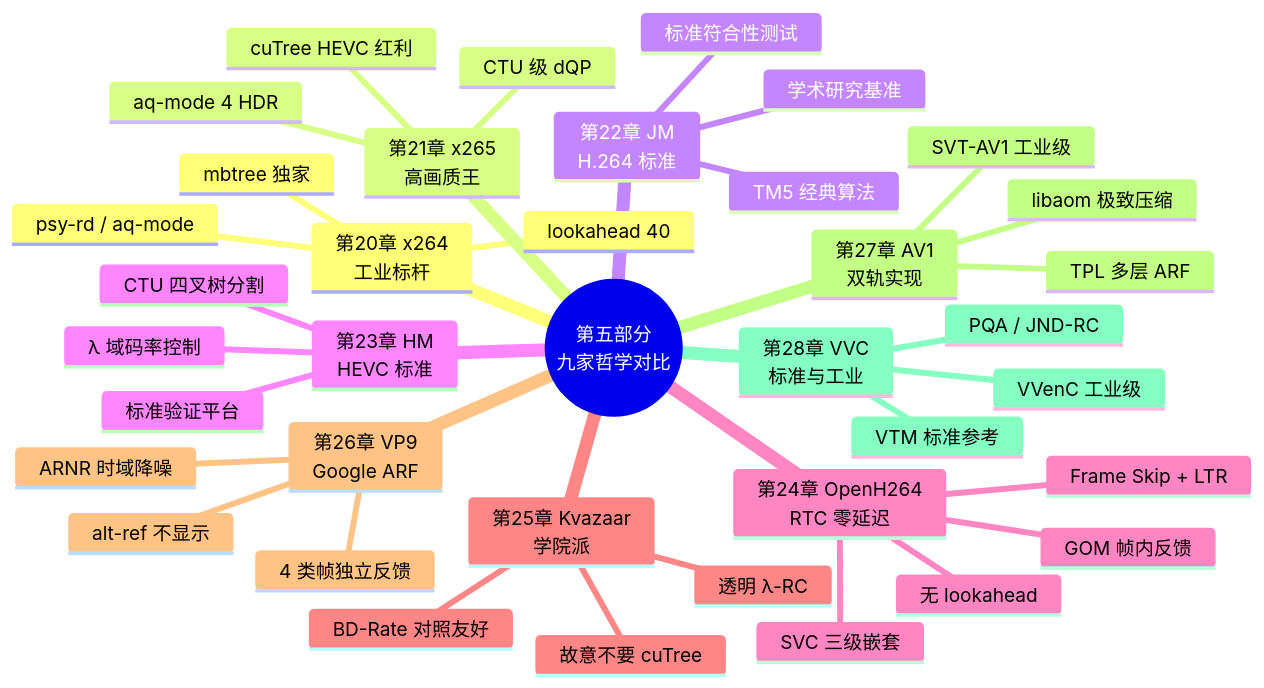
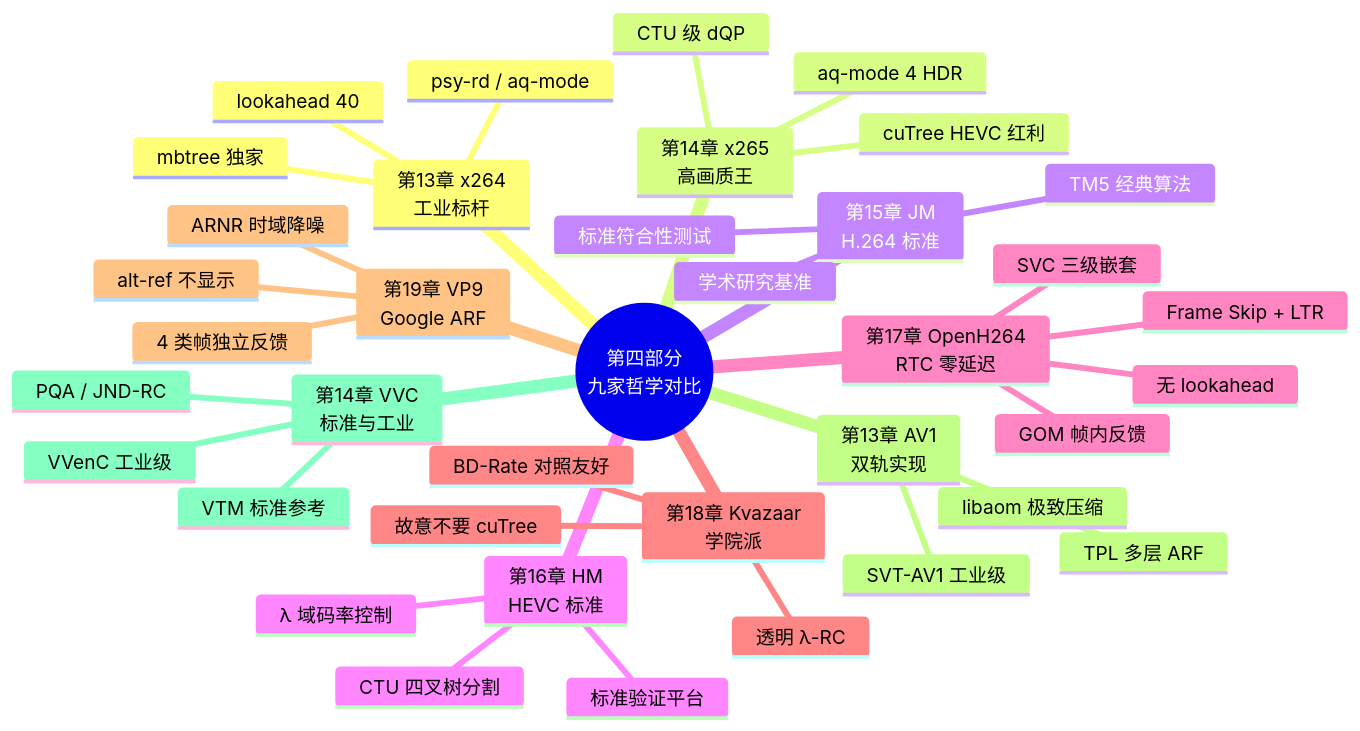
Before and after one commit to bertowang/StudyNotes: diagram 17 of 25 in 视频编码码控深入浅出-九大开源编码器对比与统一模型.md, drawn with Mermaid. The commit also changed other lines of this file, not shown here.

````diff
--- a/视频编码码控深入浅出-九大开源编码器对比与统一模型.md
+++ b/视频编码码控深入浅出-九大开源编码器对比与统一模型.md
@@ -1806,41 +2873,41 @@
 ```mermaid
 mindmap
-  root((第五部分<br/>九家哲学对比))
-    第20章 x264<br/>工业标杆
+  root((第四部分<br/>九家哲学对比))
+    第13章 x264<br/>工业标杆
       lookahead 40
       mbtree 独家
       psy-rd / aq-mode
-    第21章 x265<br/>高画质王
+    第14章 x265<br/>高画质王
       cuTree HEVC 红利
       aq-mode 4 HDR
       CTU 级 dQP
-    第22章 JM<br/>H.264 标准
+    第15章 JM<br/>H.264 标准
       TM5 经典算法
       标准符合性测试
       学术研究基准
-    第23章 HM<br/>HEVC 标准
+    第16章 HM<br/>HEVC 标准
       λ 域码率控制
       CTU 四叉树分割
       标准验证平台
-    第24章 OpenH264<br/>RTC 零延迟
+    第17章 OpenH264<br/>RTC 零延迟
       无 lookahead
       GOM 帧内反馈
       Frame Skip + LTR
       SVC 三级嵌套
-    第25章 Kvazaar<br/>学院派
+    第18章 Kvazaar<br/>学院派
       透明 λ-RC
       故意不要 cuTree
       BD-Rate 对照友好
-    第26章 VP9<br/>Google ARF
+    第19章 VP9<br/>Google ARF
       alt-ref 不显示
       ARNR 时域降噪
       4 类帧独立反馈
-    第27章 AV1<br/>双轨实现
+    第13章 AV1<br/>双轨实现
       libaom 极致压缩
       SVT-AV1 工业级
       TPL 多层 ARF
-    第28章 VVC<br/>标准与工业
+    第14章 VVC<br/>标准与工业
       VTM 标准参考
       VVenC 工业级
       PQA / JND-RC
 ```
````
